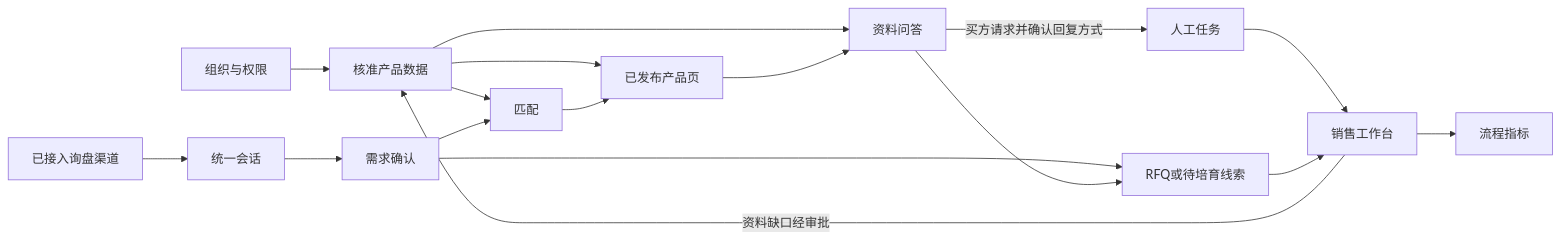
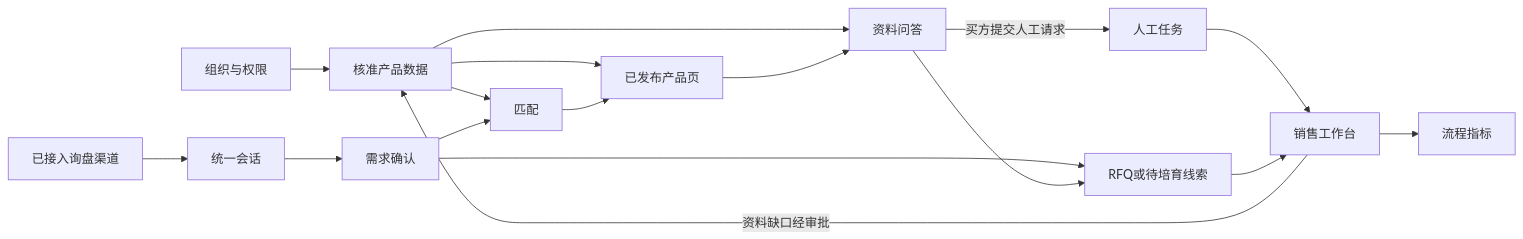
Before and after one commit to JiahaoShang/blinking-CB-water-pump-saas: the diagram in docs/V1-完整功能开发需求文档.md, drawn with Mermaid. The commit also changed other lines of this file and 6 other files, not shown here.

````diff
--- a/docs/V1-完整功能开发需求文档.md
+++ b/docs/V1-完整功能开发需求文档.md
@@ -37,19 +37,19 @@
 ```mermaid
 flowchart LR
   Org[组织与权限] --> Data[核准产品数据]
   Data --> Page[已发布产品页]
   Data --> Match[匹配]
   Data --> QA[资料问答]
   Channels[已接入询盘渠道] --> Inbox[统一会话]
   Inbox --> Req[需求确认]
   Req --> Match
   Match --> Page
   Page --> QA
-  QA -- 买方请求并确认回复方式 --> Tasks[人工任务]
+  QA -- 买方提交人工请求 --> Tasks[人工任务]
   Req --> RFQ[RFQ或待培育线索]
   QA --> RFQ
   Tasks --> Desk[销售工作台]
   RFQ --> Desk
   Desk --> Metrics[流程指标]
   Desk -- 资料缺口经审批 --> Data
 ```
````
